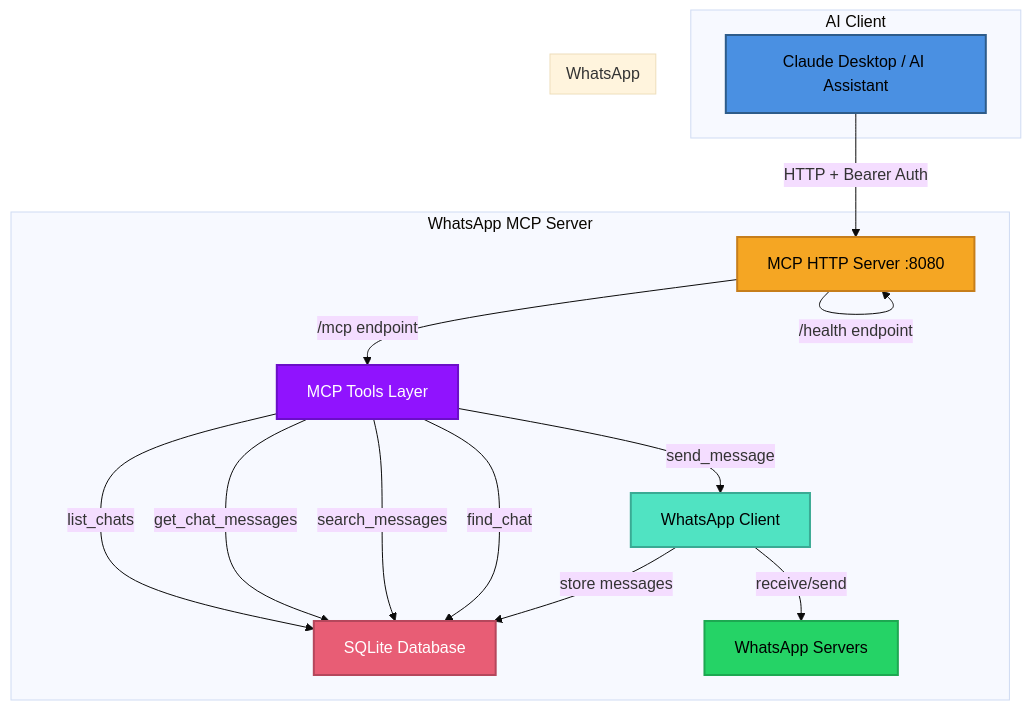
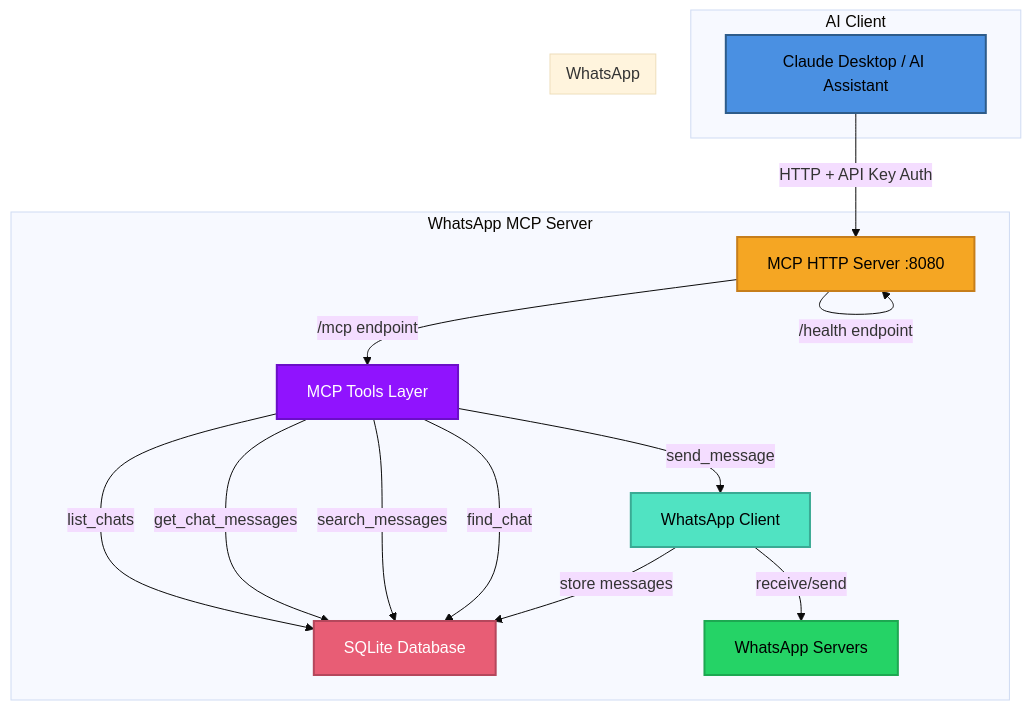
Before and after one commit to felipeadeildo/whatsapp-mcp: the diagram in README.md, drawn with Mermaid (base theme). The commit also changed other lines of this file and 1 other file, not shown here.

Commit message:
refactor: mcp endpoint with api key (closes #1)

````diff
--- a/README.md
+++ b/README.md
@@ -21,36 +21,36 @@
 ```mermaid
 graph TB
     subgraph "AI Client"
         A[Claude Desktop / AI Assistant]
     end
 
     subgraph "WhatsApp MCP Server"
         B[MCP HTTP Server :8080]
         C[MCP Tools Layer]
         D[WhatsApp Client]
         E[SQLite Database]
 
         B -->|/mcp endpoint| C
         B -->|/health endpoint| B
         C -->|list_chats| E
         C -->|get_chat_messages| E
         C -->|search_messages| E
         C -->|find_chat| E
         C -->|send_message| D
         D -->|store messages| E
         D -->|receive/send| F
     end
 
     subgraph "WhatsApp"
         F[WhatsApp Servers]
     end
 
-    A -->|HTTP + Bearer Auth| B
+    A -->|HTTP + API Key Auth| B
 
     style A fill:#4A90E2,stroke:#2E5C8A,stroke-width:2px,color:#000
     style B fill:#F5A623,stroke:#C67E1B,stroke-width:2px,color:#000
     style C fill:#9013FE,stroke:#6B0FC7,stroke-width:2px,color:#fff
     style D fill:#50E3C2,stroke:#3AAA94,stroke-width:2px,color:#000
     style E fill:#E85D75,stroke:#B5475C,stroke-width:2px,color:#fff
     style F fill:#25D366,stroke:#1DA851,stroke-width:2px,color:#000
 ```
````
